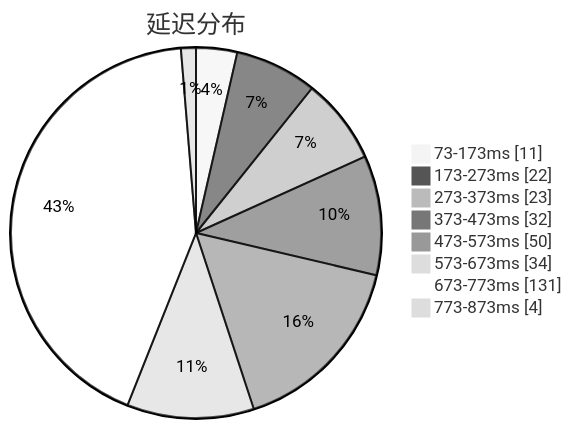
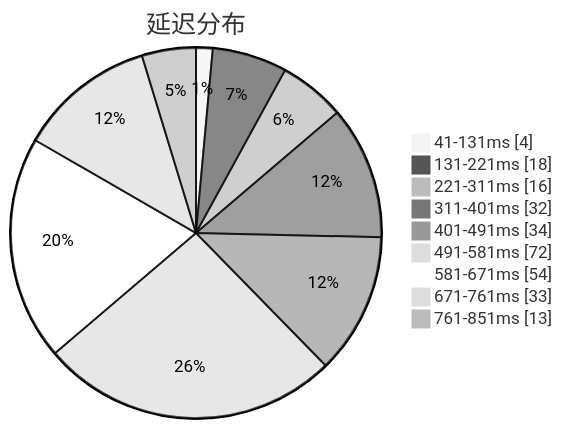
The first of 3 diagrams in subs/statistics/tested_within.md (sinspired/airport), drawn with Mermaid (neutral theme) before and after one commit. The commit also changed other lines of this file and 2 other files, not shown here.

````diff
--- a/subs/statistics/tested_within.md
+++ b/subs/statistics/tested_within.md
@@ -2,12 +2,13 @@
 ```mermaid
 pie showData
 title 延迟分布
-"73-173ms" : 11
-"173-273ms" : 22
-"273-373ms" : 23
-"373-473ms" : 32
-"473-573ms" : 50
-"573-673ms" : 34
-"673-773ms" : 131
-"773-873ms" : 4
+"41-131ms" : 4
+"131-221ms" : 18
+"221-311ms" : 16
+"311-401ms" : 32
+"401-491ms" : 34
+"491-581ms" : 72
+"581-671ms" : 54
+"671-761ms" : 33
+"761-851ms" : 13
 ```
````
